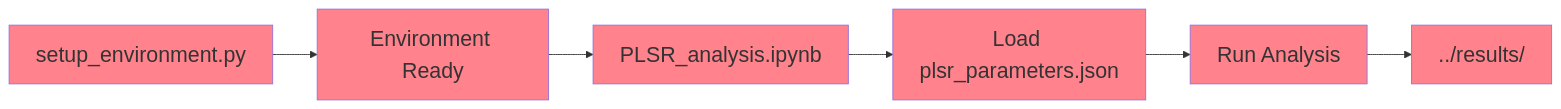
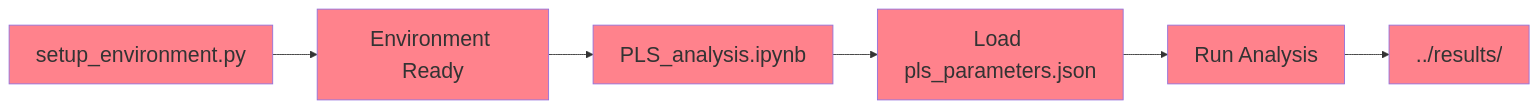
Before and after one commit to Shaswat-qm-researcher/Physics-Informed-Symbolic-Regression-for-Phonon-Related-Property-Prediction-and-Materials-Discovery: the diagram in plsr_feature_selection/code_and_config/README.md, drawn with Mermaid. The commit also changed other lines of this file and 64 other files, not shown here.

````diff
--- a/plsr_feature_selection/code_and_config/README.md
+++ b/plsr_feature_selection/code_and_config/README.md
@@ -142,14 +142,14 @@
 ```mermaid
 graph LR
     A[setup_environment.py] --> B[Environment Ready]
-    B --> C[PLSR_analysis.ipynb]
-    C --> D[Load plsr_parameters.json]
+    B --> C[PLS_analysis.ipynb]
+    C --> D[Load pls_parameters.json]
     D --> E[Run Analysis]
     E --> F[../results/]
 style A fill:#FF828C, font-size:24px, font-family:Arial
 style B fill:#FF828C, font-size:24px, font-family:Arial
 style C fill:#FF828C, font-size:24px, font-family:Arial
 style D fill:#FF828C, font-size:24px, font-family:Arial
 style E fill:#FF828C, font-size:24px, font-family:Arial
 style F fill:#FF828C, font-size:24px, font-family:Arial
 ```
````
